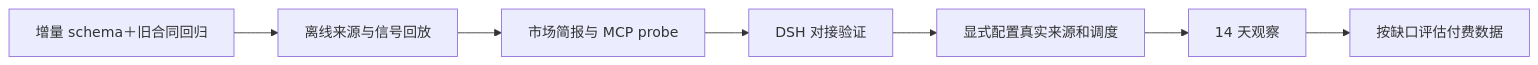
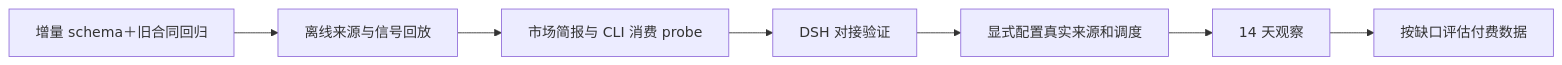
Before and after one commit to yeisme/short-drama-radar: the third of 4 diagrams in openspec/changes/radar-market-observation-and-brief-v1/design.md, drawn with Mermaid. The commit also changed other lines of this file and 3 other files, not shown here.

First line of the commit message:
docs(market): align agent surface with CLI consumption contract after MCP removal

````diff
--- a/openspec/changes/radar-market-observation-and-brief-v1/design.md
+++ b/openspec/changes/radar-market-observation-and-brief-v1/design.md
@@ -212,9 +212,9 @@
 ```mermaid
 flowchart LR
   M[增量 schema＋旧合同回归] --> O[离线来源与信号回放]
-  O --> B[市场简报与 MCP probe]
+  O --> B[市场简报与 CLI 消费 probe]
   B --> D[DSH 对接验证]
   D --> L[显式配置真实来源和调度]
   L --> C[14 天观察]
   C --> G[按缺口评估付费数据]
 ```
````
